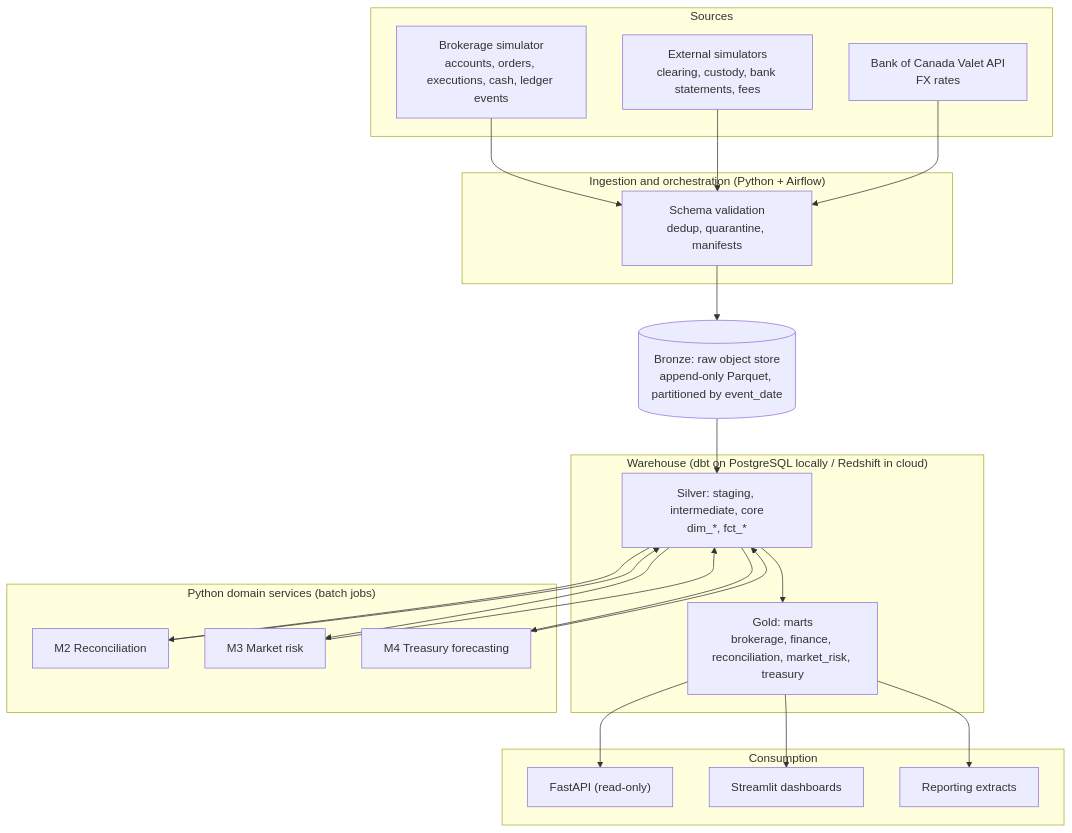
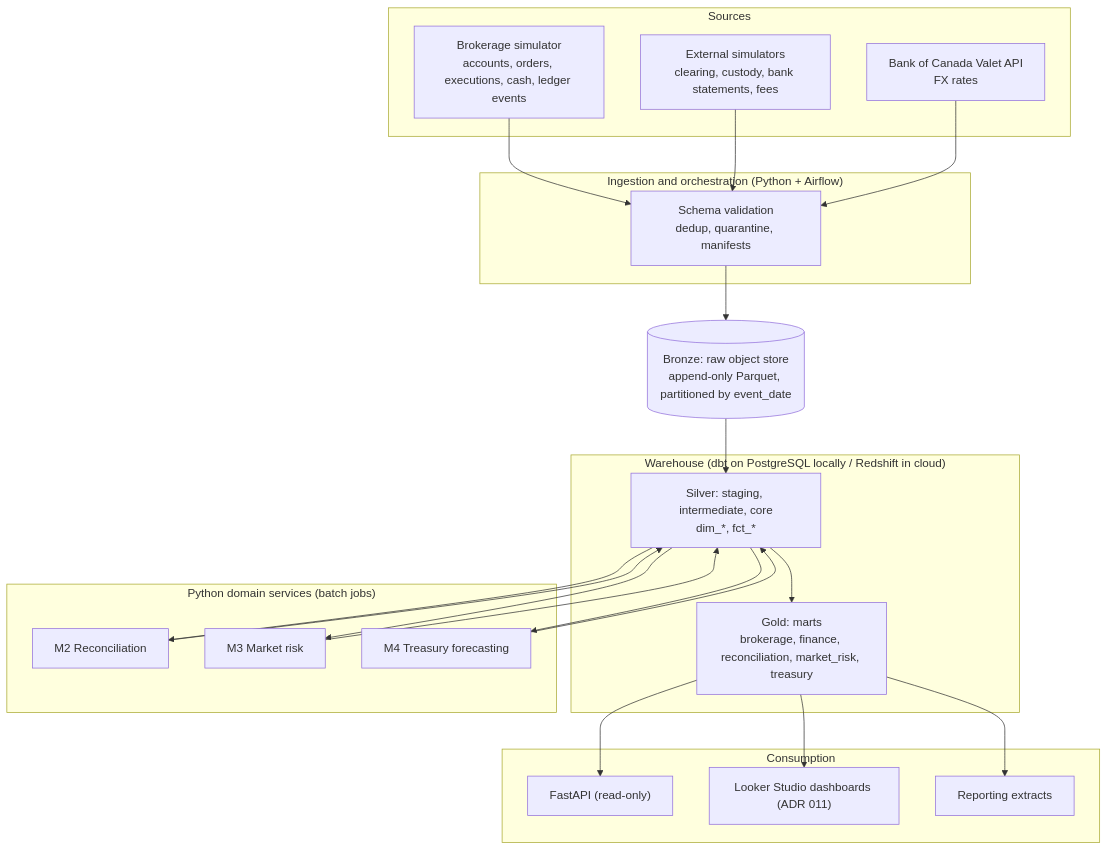
The diagram in docs/architecture/system-overview.md (victorokonkwo/northstar-brokerage-intelligence), drawn with Mermaid before and after one commit. The commit also changed other lines of this file and 11 other files, not shown here.

````diff
--- a/docs/architecture/system-overview.md
+++ b/docs/architecture/system-overview.md
@@ -11,47 +11,47 @@
 ```mermaid
 flowchart TB
     subgraph SRC["Sources"]
         SIM["Brokerage simulator<br/>accounts, orders, executions, cash, ledger events"]
         EXT["External simulators<br/>clearing, custody, bank statements, fees"]
         BOC["Bank of Canada Valet API<br/>FX rates"]
     end
 
     subgraph ING["Ingestion and orchestration (Python + Airflow)"]
         VAL["Schema validation<br/>dedup, quarantine, manifests"]
     end
 
     RAW[("Bronze: raw object store<br/>append-only Parquet, partitioned by event_date")]
 
     subgraph WH["Warehouse (dbt on PostgreSQL locally / Redshift in cloud)"]
         STG["Silver: staging, intermediate, core<br/>dim_*, fct_*"]
         MART["Gold: marts<br/>brokerage, finance, reconciliation, market_risk, treasury"]
     end
 
     subgraph SVC["Python domain services (batch jobs)"]
         REC["M2 Reconciliation"]
         RISK["M3 Market risk"]
         TRS["M4 Treasury forecasting"]
     end
 
     subgraph OUT["Consumption"]
         API["FastAPI (read-only)"]
-        DASH["Streamlit dashboards"]
+        DASH["Looker Studio dashboards (ADR 011)"]
         RPT["Reporting extracts"]
     end
 
     SIM --> VAL
     EXT --> VAL
     BOC --> VAL
     VAL --> RAW
     RAW --> STG
     STG --> REC
     STG --> RISK
     STG --> TRS
     REC --> STG
     RISK --> STG
     TRS --> STG
     STG --> MART
     MART --> API
     MART --> DASH
     MART --> RPT
 ```
````
